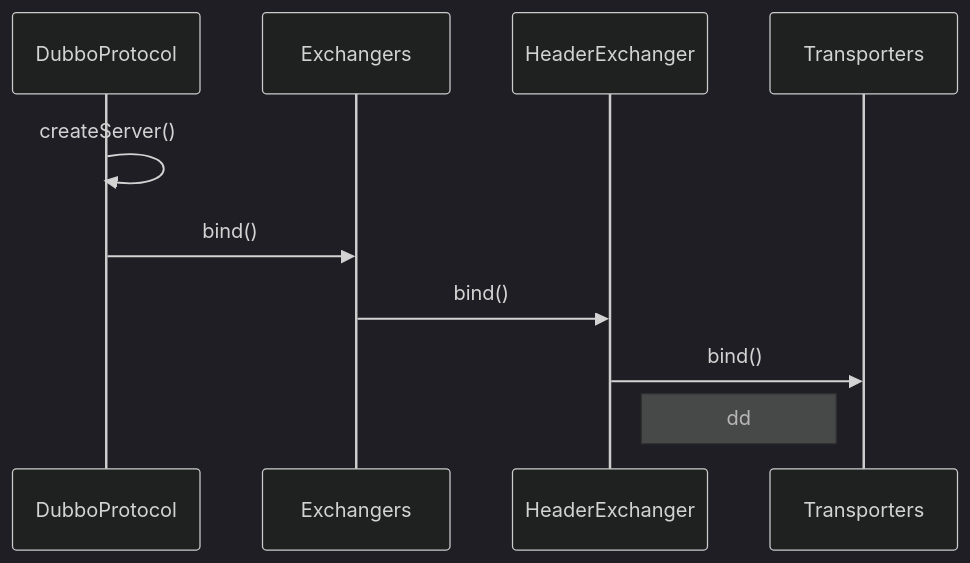
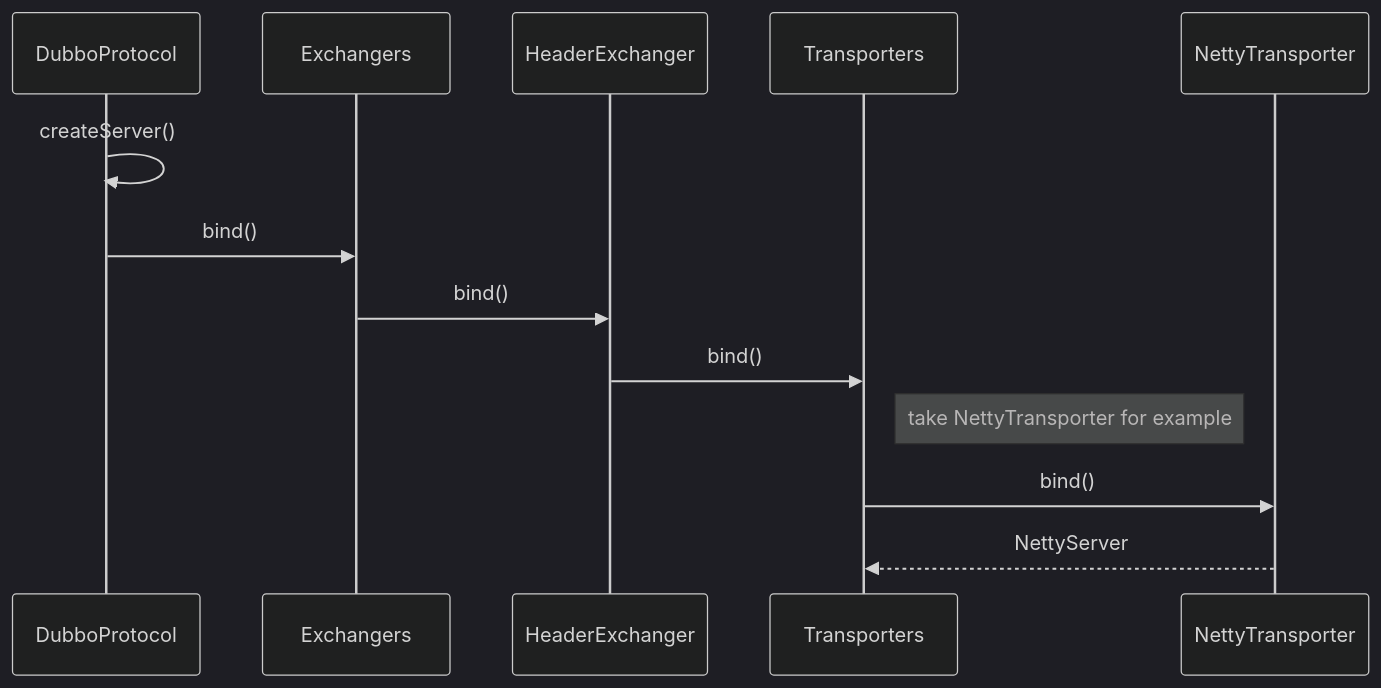
Before and after one commit to zhudongdong/docs: the second of 2 diagrams in dubbo/dubbo.md, drawn with Mermaid (dark theme). The commit also changed other lines of this file, not shown here.

Commit message:
Uploaded by https://stackedit.io/

````diff
--- a/dubbo/dubbo.md
+++ b/dubbo/dubbo.md
@@ -157,8 +157,10 @@
 ```mermaid
 sequenceDiagram
 DubboProtocol ->> DubboProtocol: createServer()
 DubboProtocol ->> Exchangers:bind()
 Exchangers ->> HeaderExchanger:bind()
 HeaderExchanger ->> Transporters:bind()
-Note right of HeaderExchanger:dd
+Note right of Transporters:take NettyTransporter for example
+Transporters ->> NettyTransporter:bind()
+NettyTransporter -->> Transporters:NettyServer
 ```
````
